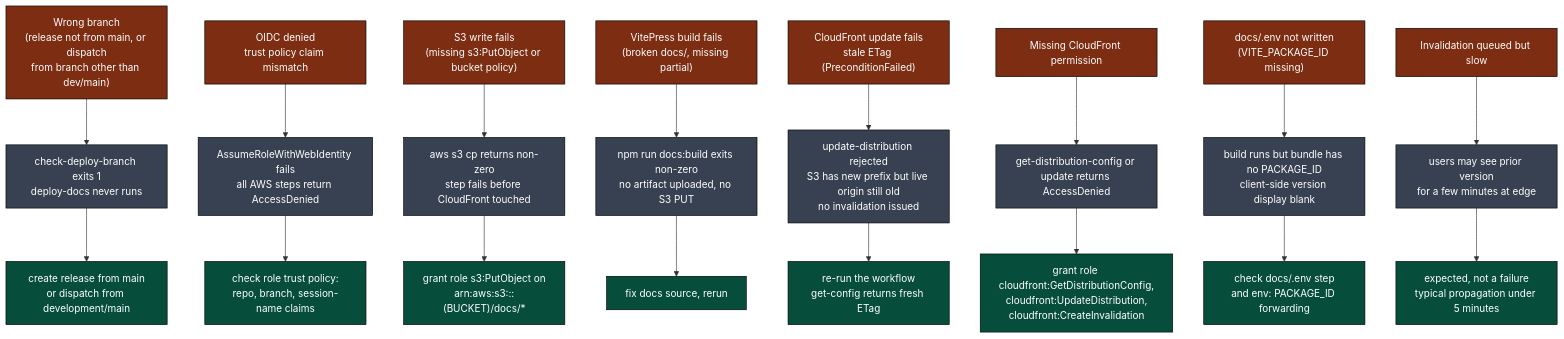
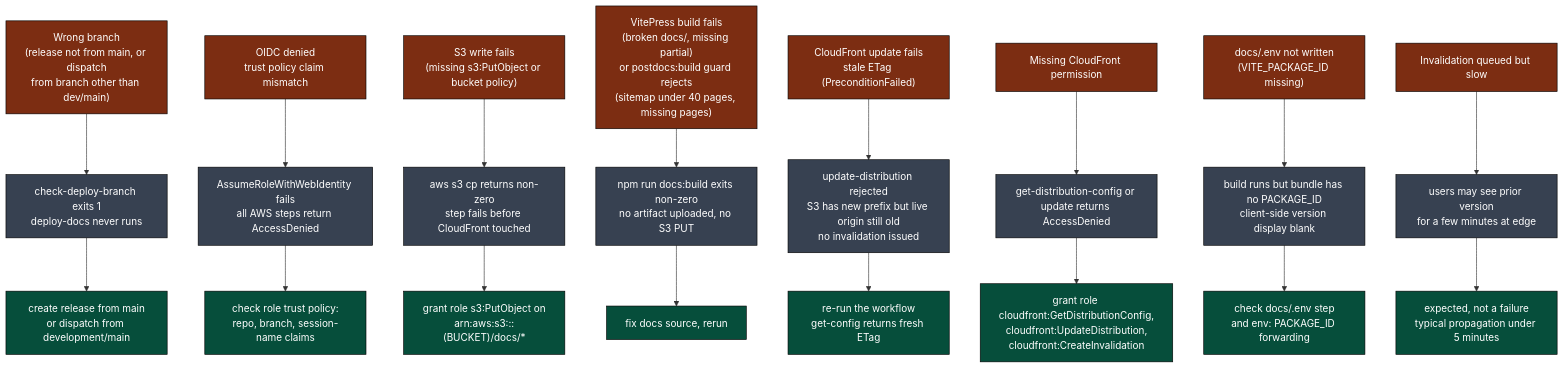
One commit to llm-exe/llm-exe changed diagram 12 of 13 in .github/docs/DEPLOY_DOCS_DEEP_DIVE.md. Above: the diagram before and after it, drawn with Mermaid. The commit also changed other lines of this file and 3 other files, not shown here.

Commit message:
docs: sync docs-build deep dives after package.json postdocs:build change

````diff
--- a/.github/docs/DEPLOY_DOCS_DEEP_DIVE.md
+++ b/.github/docs/DEPLOY_DOCS_DEEP_DIVE.md
@@ -490,46 +492,46 @@
 ```mermaid
 flowchart TB
     classDef fail fill:#7c2d12,color:#fff,stroke:#000
     classDef effect fill:#374151,color:#fff,stroke:#000
     classDef fix fill:#064e3b,color:#fff,stroke:#000
 
     F1["Wrong branch\n(release not from main, or dispatch\nfrom branch other than dev/main)"]:::fail
     F1 --> F1E["check-deploy-branch exits 1\ndeploy-docs never runs"]:::effect
     F1F["create release from main\nor dispatch from development/main"]:::fix
     F1E --> F1F
 
     F2["OIDC denied\ntrust policy claim mismatch"]:::fail
     F2 --> F2E["AssumeRoleWithWebIdentity fails\nall AWS steps return AccessDenied"]:::effect
     F2F["check role trust policy:\nrepo, branch, session-name claims"]:::fix
     F2E --> F2F
 
     F3["S3 write fails\n(missing s3:PutObject or bucket policy)"]:::fail
     F3 --> F3E["aws s3 cp returns non-zero\nstep fails before CloudFront touched"]:::effect
     F3F["grant role s3:PutObject on\narn:aws:s3:::(BUCKET)/docs/*"]:::fix
     F3E --> F3F
 
-    F4["VitePress build fails\n(broken docs/, missing partial)"]:::fail
+    F4["VitePress build fails\n(broken docs/, missing partial)\nor postdocs:build guard rejects\n(sitemap under 40 pages, missing pages)"]:::fail
     F4 --> F4E["npm run docs:build exits non-zero\nno artifact uploaded, no S3 PUT"]:::effect
     F4F["fix docs source, rerun"]:::fix
     F4E --> F4F
 
     F5["CloudFront update fails\nstale ETag (PreconditionFailed)"]:::fail
     F5 --> F5E["update-distribution rejected\nS3 has new prefix but live origin still old\nno invalidation issued"]:::effect
     F5F["re-run the workflow\nget-config returns fresh ETag"]:::fix
     F5E --> F5F
 
     F6["Missing CloudFront permission"]:::fail
     F6 --> F6E["get-distribution-config or update returns AccessDenied"]:::effect
     F6F["grant role cloudfront:GetDistributionConfig,\ncloudfront:UpdateDistribution,\ncloudfront:CreateInvalidation"]:::fix
     F6E --> F6F
 
     F7["docs/.env not written\n(VITE_PACKAGE_ID missing)"]:::fail
     F7 --> F7E["build runs but bundle has no PACKAGE_ID\nclient-side version display blank"]:::effect
     F7F["check docs/.env step\nand env: PACKAGE_ID forwarding"]:::fix
     F7E --> F7F
 
     F8["Invalidation queued but slow"]:::fail
     F8 --> F8E["users may see prior version\nfor a few minutes at edge"]:::effect
     F8F["expected, not a failure\ntypical propagation under 5 minutes"]:::fix
     F8E --> F8F
 ```
````
